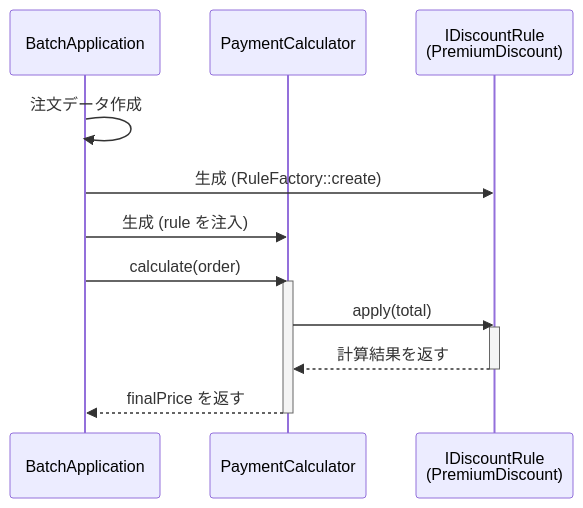
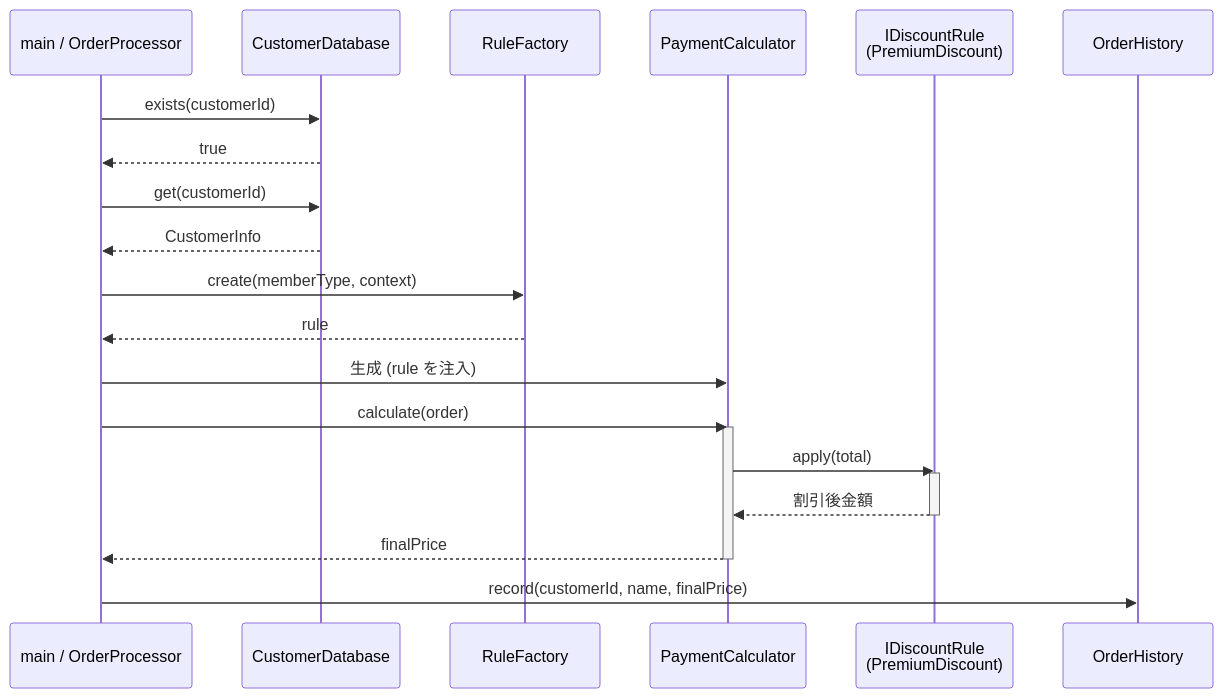
One commit to kumachan1101-pixel/DesignPattern changed the third of 5 diagrams in kindle/design-patterns/output/chapter01.md. Above: the diagram before and after it, drawn with Mermaid. The commit also changed other lines of this file, not shown here.

First line of the commit message:
fix(ch01): フェーズ7コードとシーケンス図をリアル実装に更新

````diff
--- a/kindle/design-patterns/output/chapter01.md
+++ b/kindle/design-patterns/output/chapter01.md
@@ -1212,18 +1283,26 @@
 ```mermaid
 sequenceDiagram
-    participant B as BatchApplication
+    participant M as main / OrderProcessor
+    participant DB as CustomerDatabase
+    participant F as RuleFactory
     participant P as PaymentCalculator
     participant I as IDiscountRule<br/>(PremiumDiscount)
+    participant H as OrderHistory
 
-    B->>B: 注文データ作成
-    B->>I: 生成 (RuleFactory::create)
-    B->>P: 生成 (rule を注入)
-    B->>P: calculate(order)
+    M->>DB: exists(customerId)
+    DB-->>M: true
+    M->>DB: get(customerId)
+    DB-->>M: CustomerInfo
+    M->>F: create(memberType, context)
+    F-->>M: rule
+    M->>P: 生成 (rule を注入)
+    M->>P: calculate(order)
     activate P
     P->>I: apply(total)
     activate I
-    I-->>P: 計算結果を返す
+    I-->>P: 割引後金額
     deactivate I
-    P-->>B: finalPrice を返す
+    P-->>M: finalPrice
     deactivate P
+    M->>H: record(customerId, name, finalPrice)
 ```
````
